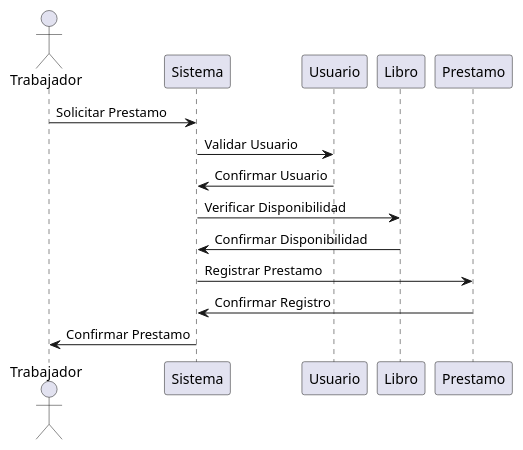
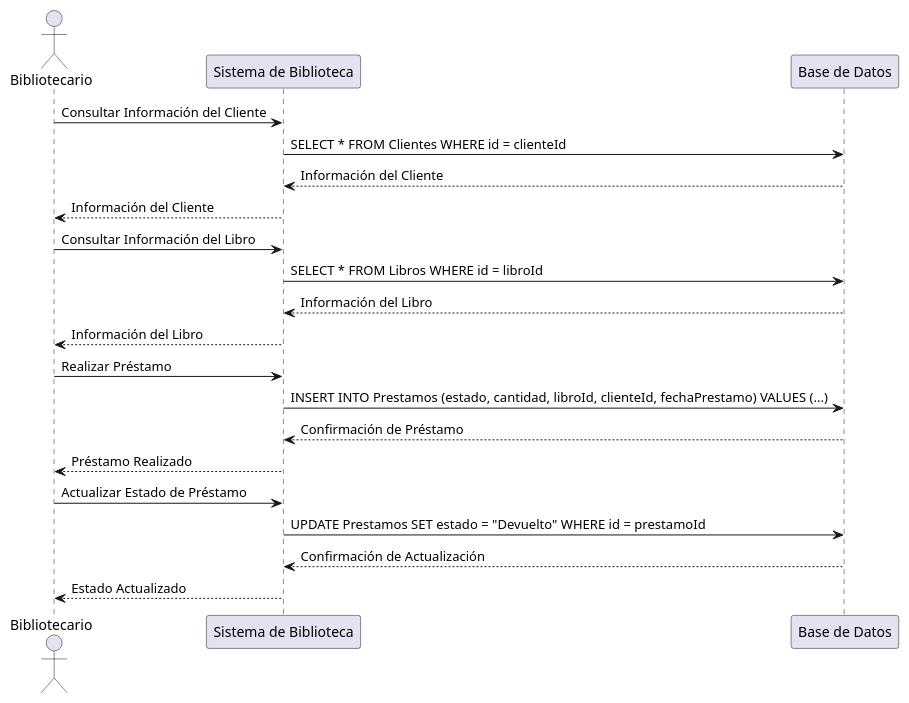
Before and after one commit to CorhuilaUniversitario/Biblioteca-Atena: the diagram in Diagramas/Diagramas_Secuencia.wsd, drawn with PlantUML. The commit also changed 86 other files, not shown here.

```diff
--- a/Diagramas/Diagramas_Secuencia.wsd
+++ b/Diagramas/Diagramas_Secuencia.wsd
@@ -1,18 +1,27 @@
-@startuml Diagrama_Secuencia
+@startuml Diagrama_Secuencias
 
-actor Trabajador
-participant Sistema
-participant Usuario
-participant Libro
-participant Prestamo
+actor Bibliotecario
+participant "Sistema de Biblioteca" as Sistema
+participant "Base de Datos" as DB
 
-Trabajador -> Sistema: Solicitar Prestamo
-Sistema -> Usuario: Validar Usuario
-Usuario -> Sistema: Confirmar Usuario
-Sistema -> Libro: Verificar Disponibilidad
-Libro -> Sistema: Confirmar Disponibilidad
-Sistema -> Prestamo: Registrar Prestamo
-Prestamo -> Sistema: Confirmar Registro
-Sistema -> Trabajador: Confirmar Prestamo
+Bibliotecario -> Sistema : Consultar Información del Cliente
+Sistema -> DB : SELECT * FROM Clientes WHERE id = clienteId
+DB --> Sistema : Información del Cliente
+Sistema --> Bibliotecario : Información del Cliente
+
+Bibliotecario -> Sistema : Consultar Información del Libro
+Sistema -> DB : SELECT * FROM Libros WHERE id = libroId
+DB --> Sistema : Información del Libro
+Sistema --> Bibliotecario : Información del Libro
+
+Bibliotecario -> Sistema : Realizar Préstamo
+Sistema -> DB : INSERT INTO Prestamos (estado, cantidad, libroId, clienteId, fechaPrestamo) VALUES (...)
+DB --> Sistema : Confirmación de Préstamo
+Sistema --> Bibliotecario : Préstamo Realizado
+
+Bibliotecario -> Sistema : Actualizar Estado de Préstamo
+Sistema -> DB : UPDATE Prestamos SET estado = "Devuelto" WHERE id = prestamoId
+DB --> Sistema : Confirmación de Actualización
+Sistema --> Bibliotecario : Estado Actualizado
 
 @enduml
```
